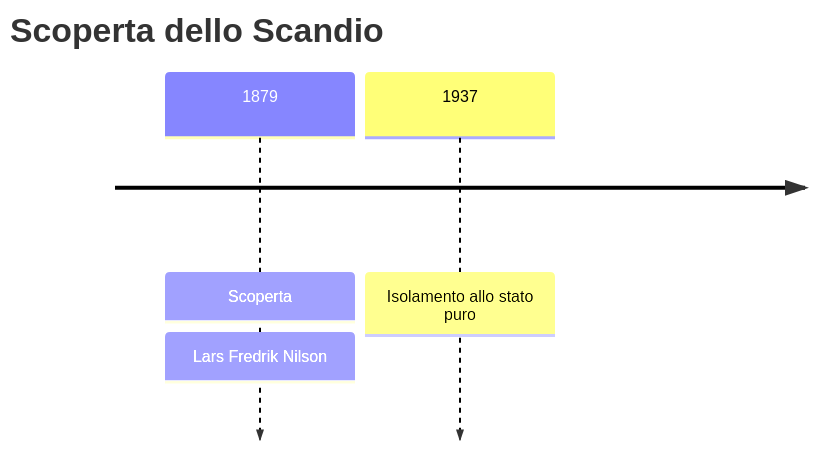
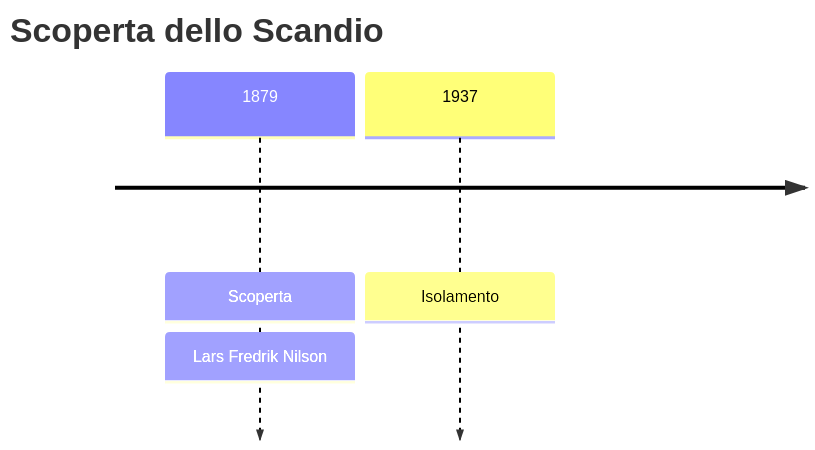
One commit to gianlucaciarcelluti/elements-caos changed the first of 2 diagrams in vault/Elementi/Scandio.md. Above: the diagram before and after it, drawn with Mermaid. The commit also changed 56 other files, not shown here.

````diff
--- a/vault/Elementi/Scandio.md
+++ b/vault/Elementi/Scandio.md
@@ -28,6 +28,6 @@
 ```mermaid
 timeline
     title Scoperta dello Scandio
     1879 : Scoperta : Lars Fredrik Nilson
-    1937 : Isolamento allo stato puro
+    1937 : Isolamento
 ```
````
